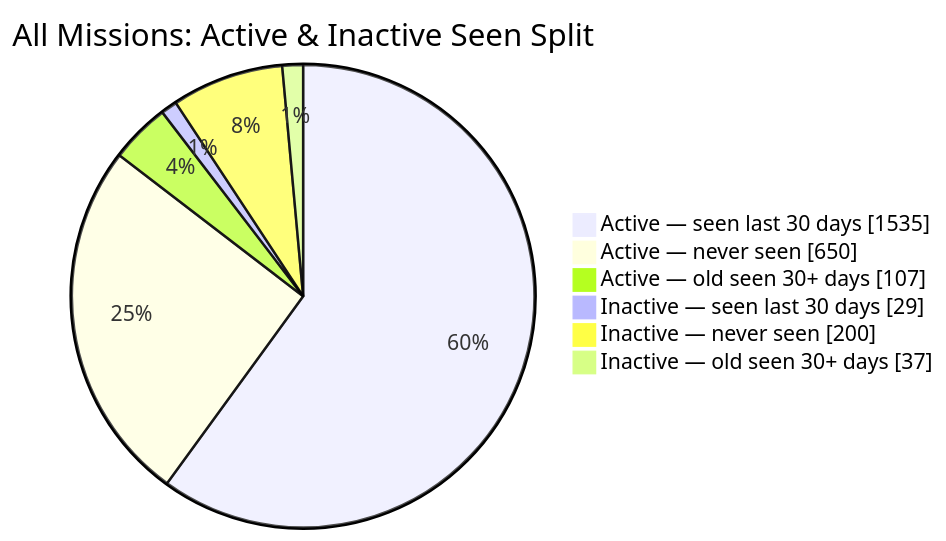
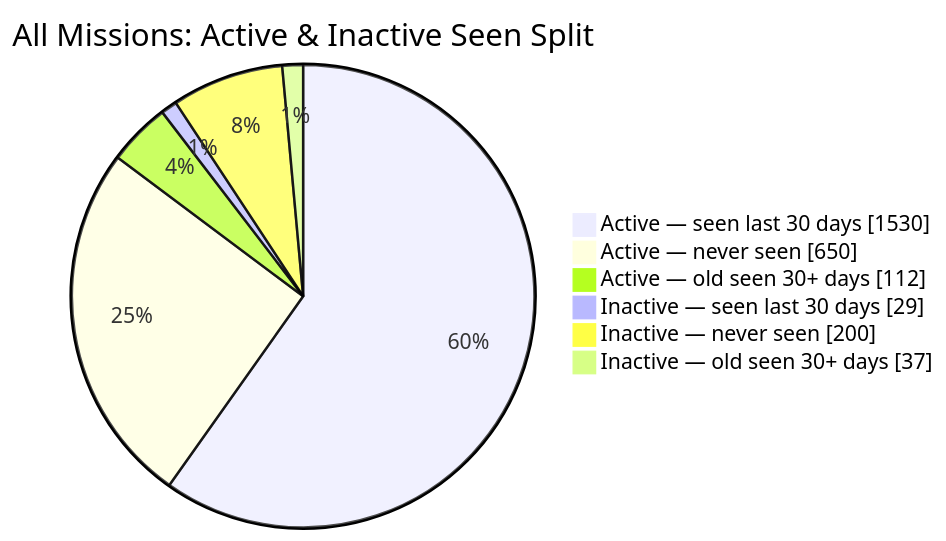
One commit to MeldkamerspelGameTeam/active-missions changed the second of 2 diagrams in README.md. Above: the diagram before and after it, drawn with Mermaid. The commit also changed other lines of this file and 2 other files, not shown here.

````diff
--- a/README.md
+++ b/README.md
@@ -44,10 +44,10 @@
 ```mermaid
 pie showData
     title All Missions: Active & Inactive Seen Split
-    "Active — seen last 30 days" : 1535
+    "Active — seen last 30 days" : 1530
     "Active — never seen" : 650
-    "Active — old seen 30+ days" : 107
+    "Active — old seen 30+ days" : 112
     "Inactive — seen last 30 days" : 29
     "Inactive — never seen" : 200
     "Inactive — old seen 30+ days" : 37
 ```
````
